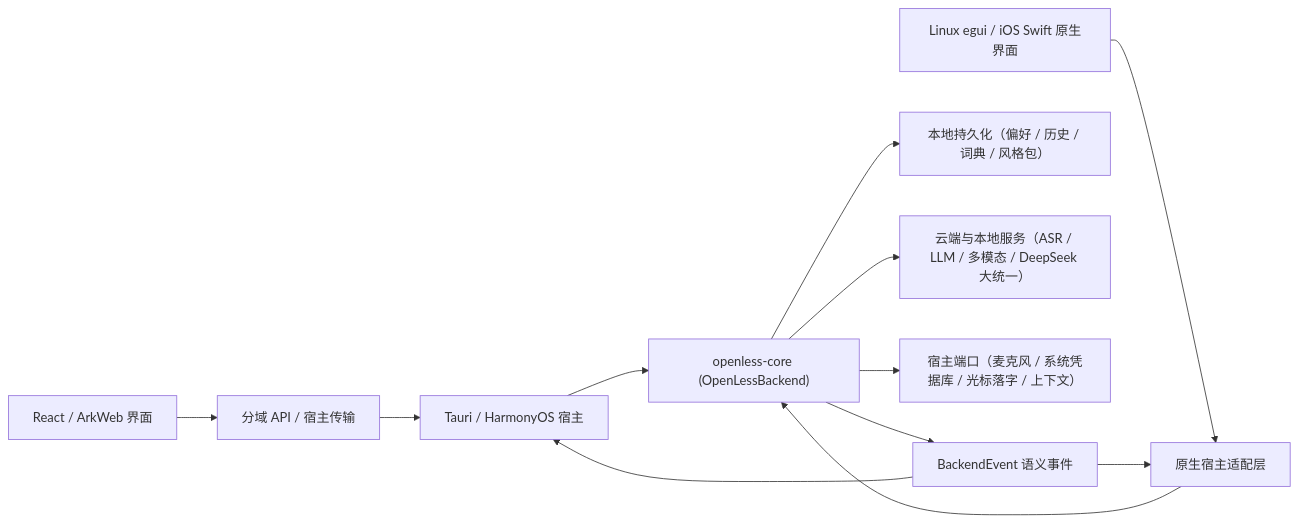
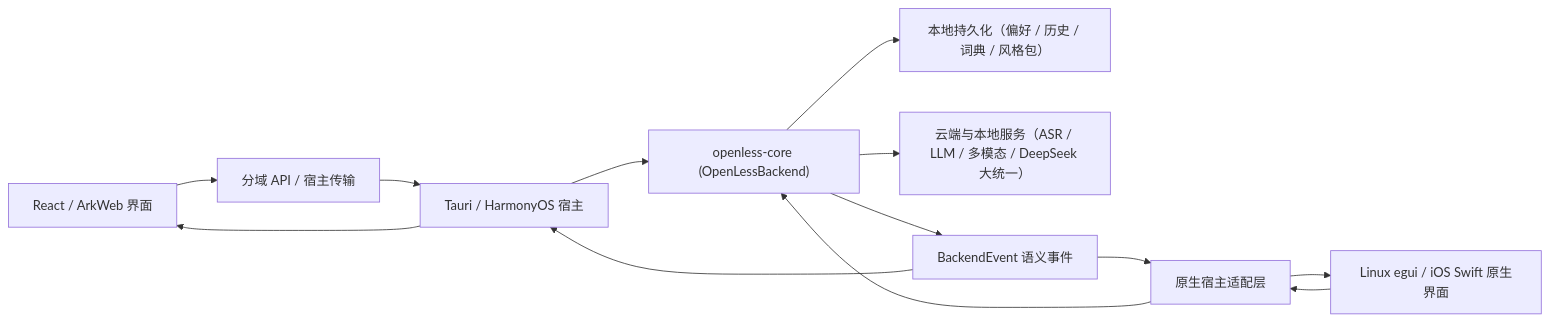
One commit to Open-Less/openless changed the diagram in docs/architecture.md. Above: the diagram before and after it, drawn with Mermaid. The commit also changed other lines of this file and 10 other files, not shown here.

Commit message:
docs: rewrite README and architecture docs, remove orphan asset, sync AOCI index

````diff
--- a/docs/architecture.md
+++ b/docs/architecture.md
@@ -22,14 +40,15 @@
 ```mermaid
 flowchart LR
   UI["React / ArkWeb 界面"] --> API["分域 API / 宿主传输"]
   API --> Host["Tauri / HarmonyOS 宿主"]
   Native["Linux egui / iOS Swift 原生界面"] --> Adapter["原生宿主适配层"]
   Host --> Core["openless-core (OpenLessBackend)"]
   Adapter --> Core
   Core --> Store["本地持久化（偏好 / 历史 / 词典 / 风格包）"]
   Core --> Providers["云端与本地服务（ASR / LLM / 多模态 / DeepSeek 大统一）"]
-  Core --> Ports["宿主端口（麦克风 / 系统凭据库 / 光标落字 / 上下文）"]
   Core --> Events["BackendEvent 语义事件"]
   Events --> Host
   Events --> Adapter
+  Host --> UI
+  Adapter --> Native
 ```
````
